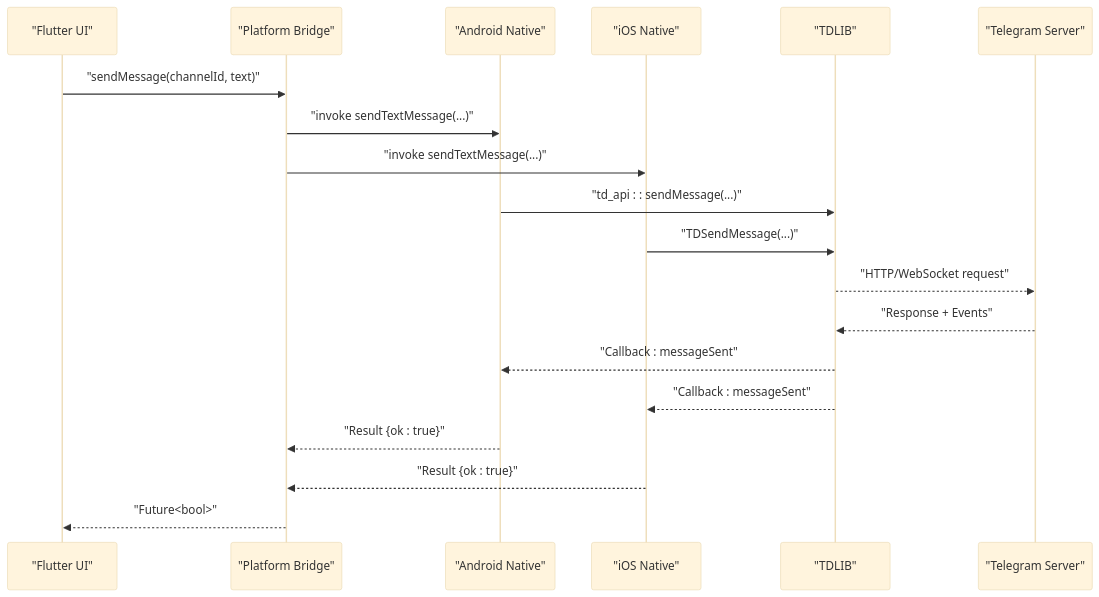
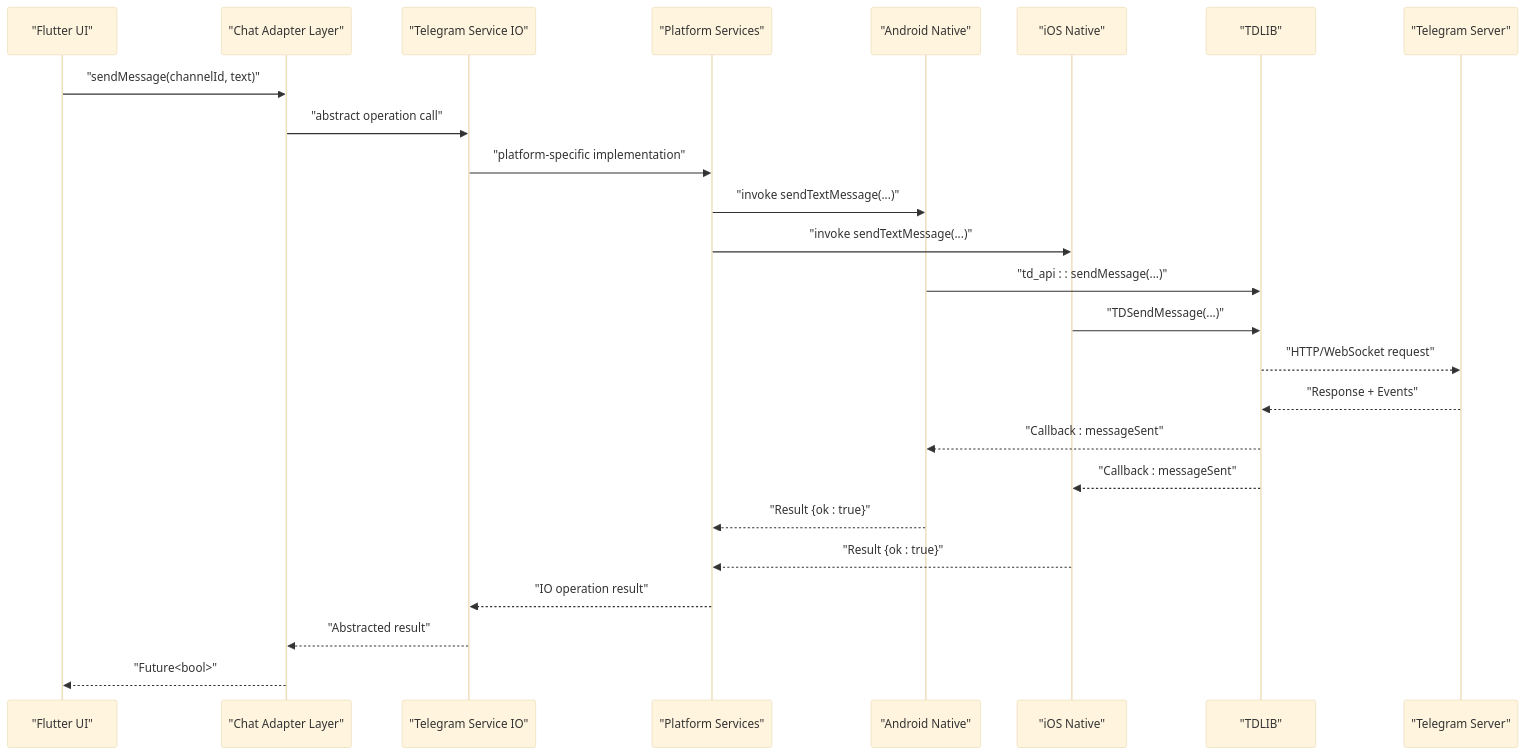
One commit to raihom-netizen/com.gestaoyahwehios.app changed the second of 8 diagrams in .qoder/repowiki/en/content/Chat System/Telegram Integration (TDLIB).md. Above: the diagram before and after it, drawn with Mermaid (base theme). The commit also changed other lines of this file and 504 other files, not shown here.

````diff
--- a/.qoder/repowiki/en/content/Chat System/Telegram Integration (TDLIB).md
+++ b/.qoder/repowiki/en/content/Chat System/Telegram Integration (TDLIB).md
@@ -144,21 +185,27 @@
 ```mermaid
 sequenceDiagram
 participant UI as "Flutter UI"
-participant Bridge as "Platform Bridge"
+participant Adapter as "Chat Adapter Layer"
+participant Service as "Telegram Service IO"
+participant Platform as "Platform Services"
 participant Android as "Android Native"
 participant iOS as "iOS Native"
 participant TDLIB as "TDLIB"
 participant TG as "Telegram Server"
-UI->>Bridge : "sendMessage(channelId, text)"
-Bridge->>Android : "invoke sendTextMessage(...)"
-Bridge->>iOS : "invoke sendTextMessage(...)"
+UI->>Adapter : "sendMessage(channelId, text)"
+Adapter->>Service : "abstract operation call"
+Service->>Platform : "platform-specific implementation"
+Platform->>Android : "invoke sendTextMessage(...)"
+Platform->>iOS : "invoke sendTextMessage(...)"
 Android->>TDLIB : "td_api : : sendMessage(...)"
 iOS->>TDLIB : "TDSendMessage(...)"
 TDLIB-->>TG : "HTTP/WebSocket request"
 TG-->>TDLIB : "Response + Events"
 TDLIB-->>Android : "Callback : messageSent"
 TDLIB-->>iOS : "Callback : messageSent"
-Android-->>Bridge : "Result {ok : true}"
-iOS-->>Bridge : "Result {ok : true}"
-Bridge-->>UI : "Future<bool>"
+Android-->>Platform : "Result {ok : true}"
+iOS-->>Platform : "Result {ok : true}"
+Platform-->>Service : "IO operation result"
+Service-->>Adapter : "Abstracted result"
+Adapter-->>UI : "Future<bool>"
 ```
````
